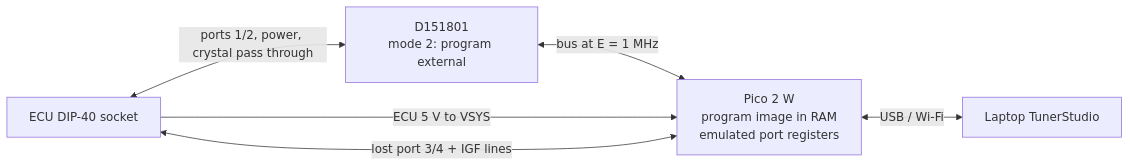
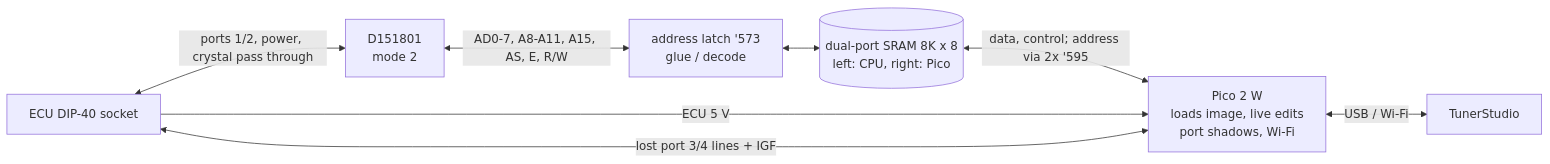
One commit to kurt-culley/Toyota-PCM-hacking changed the fourth of 4 diagrams in docs/RE_PLAN.md. Above: the diagram before and after it, drawn with Mermaid. The commit also changed other lines of this file and 3 other files, not shown here.

First line of the commit message:
P7 plan: dual-port SRAM "middle-man" board run by the Pico 2 W

````diff
--- a/docs/RE_PLAN.md
+++ b/docs/RE_PLAN.md
@@ -335,8 +337,10 @@
 ```mermaid
 flowchart LR
-  ECU[ECU DIP-40 socket] <-->|ports 1/2, power, crystal pass through| MCU[D151801<br/>mode 2: program external]
-  MCU <-->|bus at E = 1 MHz| RP[Pico 2 W<br/>program image in RAM<br/>emulated port registers]
-  RP <-->|lost port 3/4 + IGF lines| ECU
-  RP <-->|USB / Wi-Fi| LINK[Laptop TunerStudio]
-  ECU -->|ECU 5 V to VSYS| RP
+  ECU[ECU DIP-40 socket] <-->|ports 1/2, power, crystal pass through| CPU[D151801<br/>mode 2]
+  CPU <-->|AD0-7, A8-A11, A15, AS, E, R/W| GLUE[address latch '573<br/>glue / decode]
+  GLUE <--> DP[(dual-port SRAM 8K x 8<br/>left: CPU, right: Pico)]
+  DP <-->|data, control; address via 2x '595| PICO[Pico 2 W<br/>loads image, live edits<br/>port shadows, Wi-Fi]
+  PICO <-->|lost port 3/4 lines + IGF| ECU
+  PICO <-->|USB / Wi-Fi| TS[TunerStudio]
+  ECU -->|ECU 5 V| PICO
 ```
````
